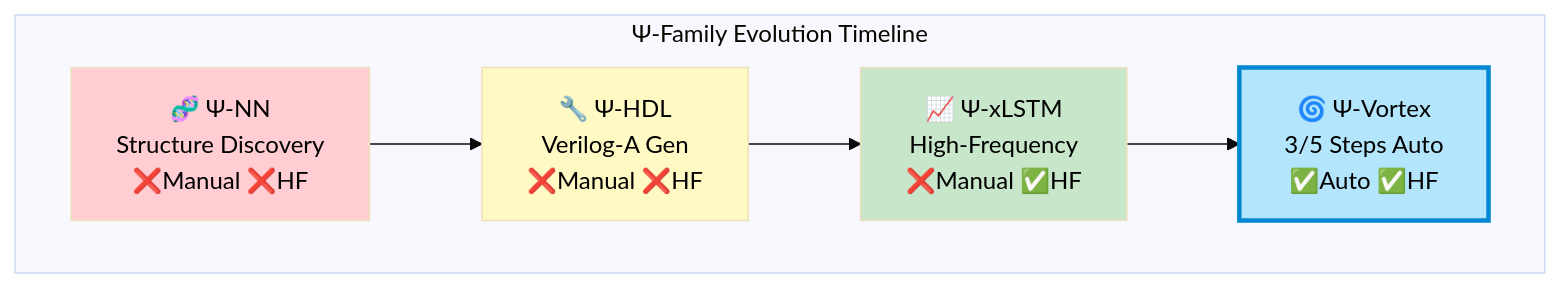
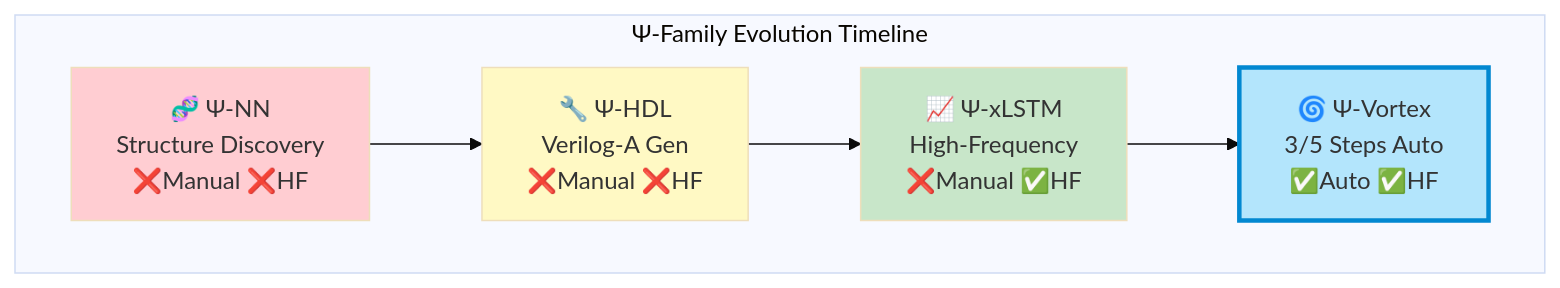
One commit to jurjsorinliviu/Psi-Vortex changed the second of 7 diagrams in README.md. Above: the diagram before and after it, drawn with Mermaid (base theme). The commit also changed other lines of this file, not shown here.

````diff
--- a/README.md
+++ b/README.md
@@ -379,16 +242,16 @@
 ```mermaid
 flowchart TB
     subgraph evolution["Ψ-Family Evolution Timeline"]
         A["🧬 Ψ-NN<br>Structure Discovery<br>❌Manual ❌HF"]
         B["🔧 Ψ-HDL<br>Verilog-A Gen<br>❌Manual ❌HF"]
         C["📈 Ψ-xLSTM<br>High-Frequency<br>❌Manual ✅HF"]
         D["🌀 Ψ-Vortex<br>3/5 Steps Auto<br>✅Auto ✅HF"]
     end
     
     A --> B --> C --> D
     
-    style A fill:#ffcdd2,color:#000000
-    style B fill:#fff9c4,color:#000000
-    style C fill:#c8e6c9,color:#000000
-    style D fill:#b3e5fc,stroke:#0288d1,stroke-width:3px,color:#000000
+    style A fill:#ffcdd2
+    style B fill:#fff9c4
+    style C fill:#c8e6c9
+    style D fill:#b3e5fc,stroke:#0288d1,stroke-width:3px
 ```
````
